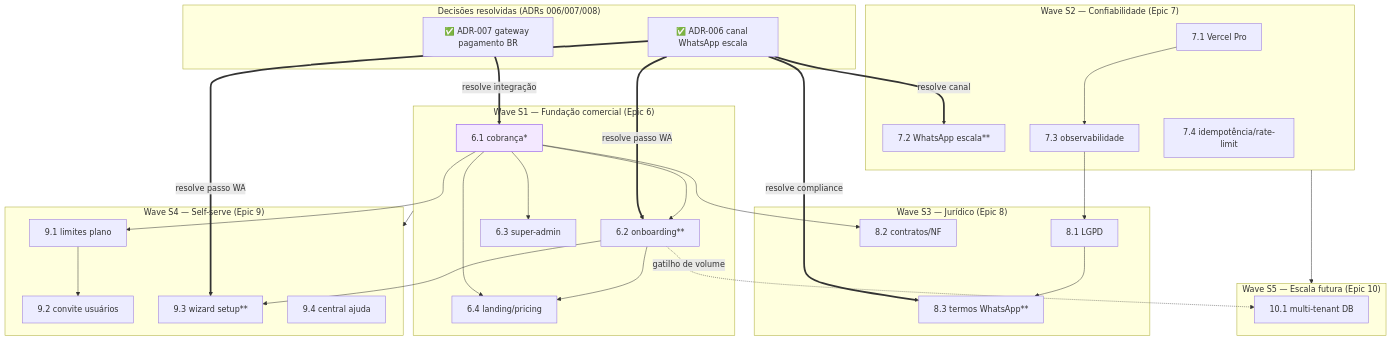
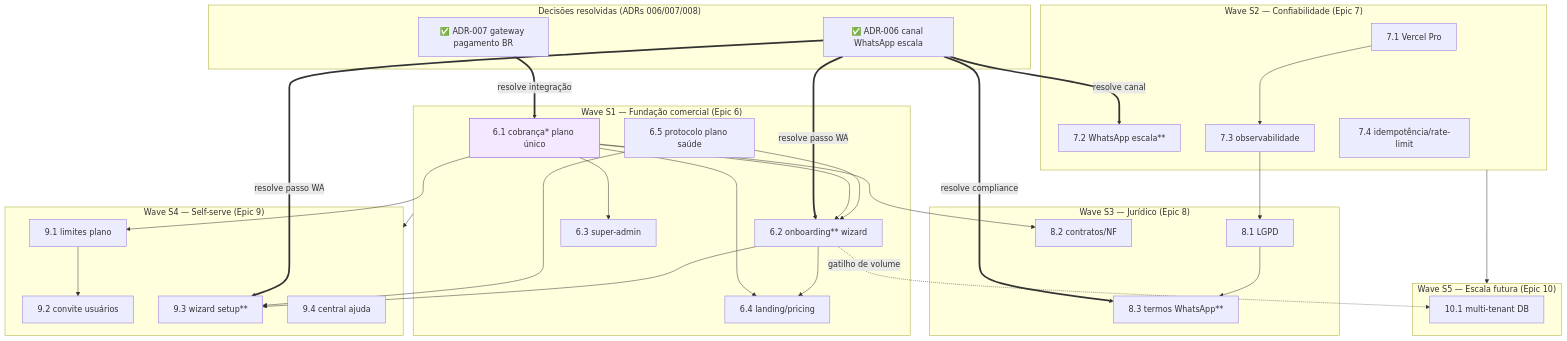
The third of 3 diagrams in docs/smart-memory/stories/BACKLOG.md (craniumdigitalia-eng/crm-whatsapp), drawn with Mermaid before and after one commit. The commit also changed other lines of this file and 11 other files, not shown here.

First line of the commit message:
docs(saas): reconciliar Epic 6 com forma do produto (plano unico, BYOK OpenAI, control-plane schema)

````diff
--- a/docs/smart-memory/stories/BACKLOG.md
+++ b/docs/smart-memory/stories/BACKLOG.md
@@ -256,56 +265,59 @@
 ```mermaid
 flowchart TB
     subgraph DEC["Decisões resolvidas (ADRs 006/007/008)"]
         D1[✅ ADR-006 canal WhatsApp escala]
         D2[✅ ADR-007 gateway pagamento BR]
     end
     subgraph SW1["Wave S1 — Fundação comercial (Epic 6)"]
-        S61[6.1 cobrança*]
-        S62[6.2 onboarding**]
+        S61[6.1 cobrança* plano único]
+        S62[6.2 onboarding** wizard]
         S63[6.3 super-admin]
         S64[6.4 landing/pricing]
+        S65[6.5 protocolo plano saúde]
     end
     subgraph SW2["Wave S2 — Confiabilidade (Epic 7)"]
         S71[7.1 Vercel Pro]
         S72[7.2 WhatsApp escala**]
         S73[7.3 observabilidade]
         S74[7.4 idempotência/rate-limit]
     end
     subgraph SW3["Wave S3 — Jurídico (Epic 8)"]
         S81[8.1 LGPD]
         S82[8.2 contratos/NF]
         S83[8.3 termos WhatsApp**]
     end
     subgraph SW4["Wave S4 — Self-serve (Epic 9)"]
         S91[9.1 limites plano]
         S92[9.2 convite usuários]
         S93[9.3 wizard setup**]
         S94[9.4 central ajuda]
     end
     subgraph SW5["Wave S5 — Escala futura (Epic 10)"]
         S101[10.1 multi-tenant DB]
     end
 
     D2 ==>|resolve integração| S61
     D1 ==>|resolve canal| S72
     D1 ==>|resolve passo WA| S62
     D1 ==>|resolve passo WA| S93
     D1 ==>|resolve compliance| S83
     S61 --> S62
+    S65 --> S62
     S61 --> S63
     S61 --> S64
     S62 --> S64
+    S65 --> S93
     S61 --> S82
     S61 --> S91
     S71 --> S73
     S73 --> S81
     S91 --> S92
     S62 --> S93
     S81 --> S83
     SW1 --> SW4
     SW2 --> SW5
     S62 -.gatilho de volume.-> S101
 
     S61:::star
     classDef star fill:#f3e8ff,stroke:#7c3aed;
 ```
````
